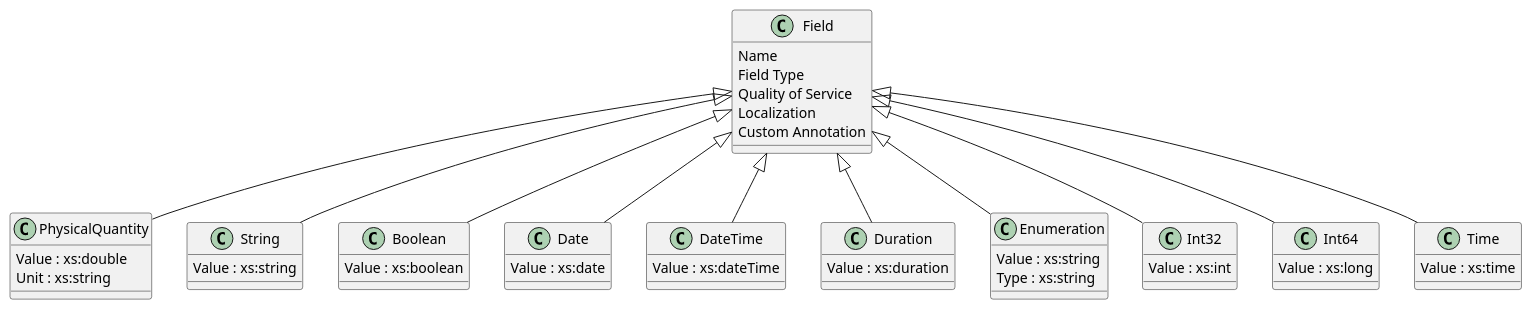
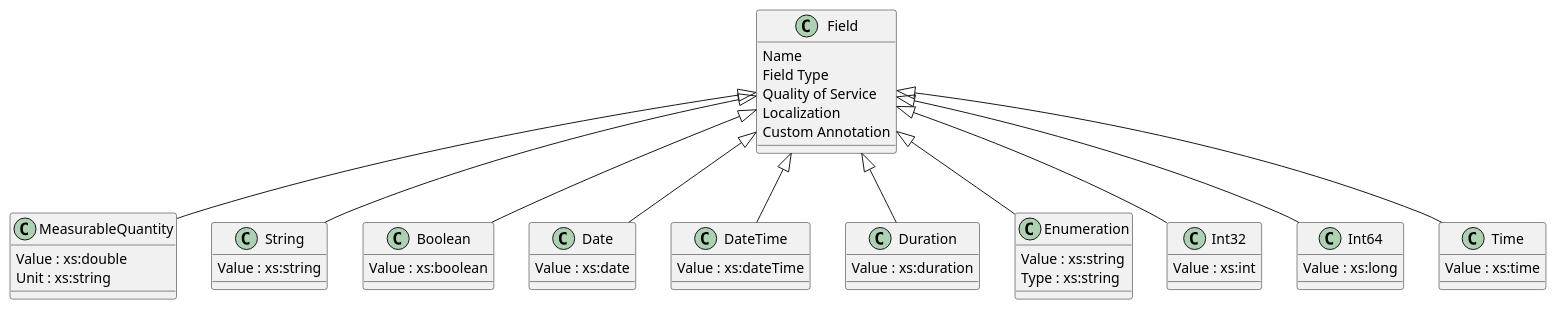
Before and after one commit to Neuro-Foundation/neuro-foundation.io: the second of 2 diagrams in Root/neuro-foundation.io/SensorData.md, drawn with PlantUML. The commit also changed other lines of this file and 5 other files, not shown here.

Commit message:
Measurable Quantity, instead of Physical Quantity

````diff
--- a/Root/neuro-foundation.io/SensorData.md
+++ b/Root/neuro-foundation.io/SensorData.md
@@ -94,42 +94,42 @@
 ```uml:Conceptual model
 @startuml
-Field <|-- PhysicalQuantity
+Field <|-- MeasurableQuantity
 Field <|-- String
 Field <|-- Boolean
 Field <|-- Date
 Field <|-- DateTime
 Field <|-- Duration
 Field <|-- Enumeration
 Field <|-- Int32
 Field <|-- Int64
 Field <|-- Time
 
 Field : Name
 Field : Field Type
 Field : Quality of Service
 Field : Localization
 Field : Custom Annotation
 
-PhysicalQuantity : Value : xs:double
-PhysicalQuantity : Unit : xs:string
+MeasurableQuantity : Value : xs:double
+MeasurableQuantity : Unit : xs:string
 
 String : Value : xs:string
 
 Boolean : Value : xs:boolean
 
 Date : Value : xs:date
 
 DateTime : Value : xs:dateTime
 
 Duration : Value : xs:duration
 
 Enumeration : Value : xs:string
 Enumeration : Type : xs:string
 
 Int32 : Value : xs:int
 
 Int64 : Value : xs:long
 
 Time : Value : xs:time
 @enduml
 ```
````
